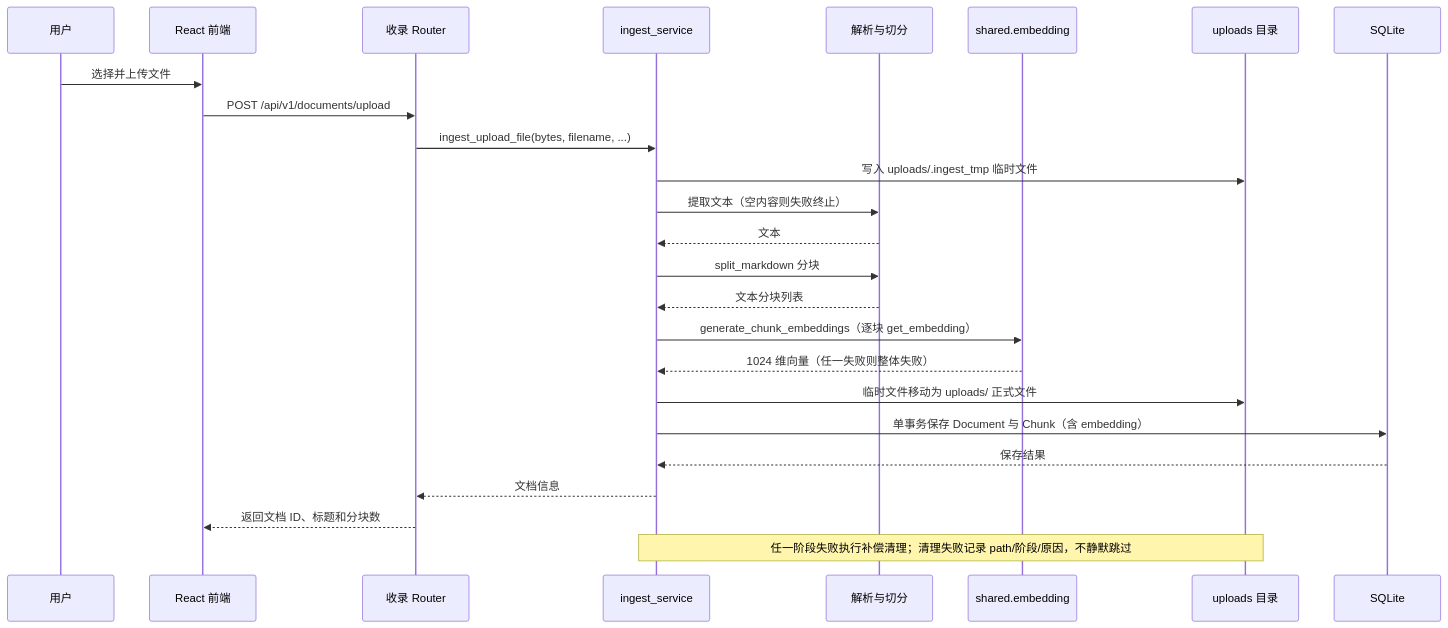
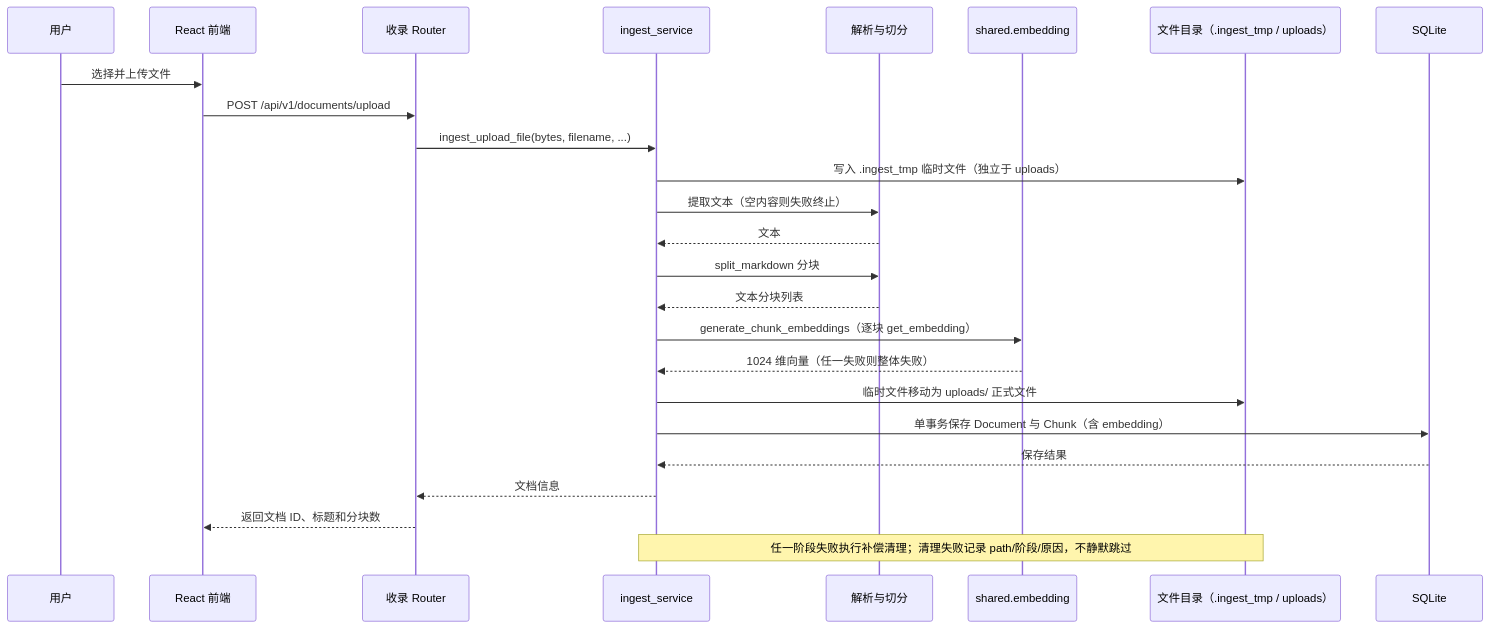
One commit to epoch-fresh-2026/personal-knowledge-base changed the fourth of 6 diagrams in docs/architecture.md. Above: the diagram before and after it, drawn with Mermaid. The commit also changed other lines of this file and 2 other files, not shown here.

First line of the commit message:
fix: align tag visibility and architecture docs

````diff
--- a/docs/architecture.md
+++ b/docs/architecture.md
@@ -311,28 +319,28 @@
 ```mermaid
 sequenceDiagram
     participant U as 用户
     participant FE as React 前端
     participant API as 收录 Router
     participant SVC as ingest_service
     participant P as 解析与切分
     participant EMB as shared.embedding
-    participant FS as uploads 目录
+    participant FS as 文件目录（.ingest_tmp / uploads）
     participant DB as SQLite
 
     U->>FE: 选择并上传文件
     FE->>API: POST /api/v1/documents/upload
     API->>SVC: ingest_upload_file(bytes, filename, ...)
-    SVC->>FS: 写入 uploads/.ingest_tmp 临时文件
+    SVC->>FS: 写入 .ingest_tmp 临时文件（独立于 uploads）
     SVC->>P: 提取文本（空内容则失败终止）
     P-->>SVC: 文本
     SVC->>P: split_markdown 分块
     P-->>SVC: 文本分块列表
     SVC->>EMB: generate_chunk_embeddings（逐块 get_embedding）
     EMB-->>SVC: 1024 维向量（任一失败则整体失败）
     SVC->>FS: 临时文件移动为 uploads/ 正式文件
     SVC->>DB: 单事务保存 Document 与 Chunk（含 embedding）
     DB-->>SVC: 保存结果
     SVC-->>API: 文档信息
     API-->>FE: 返回文档 ID、标题和分块数
     Note over SVC,FS: 任一阶段失败执行补偿清理；清理失败记录 path/阶段/原因，不静默跳过
 ```
````
